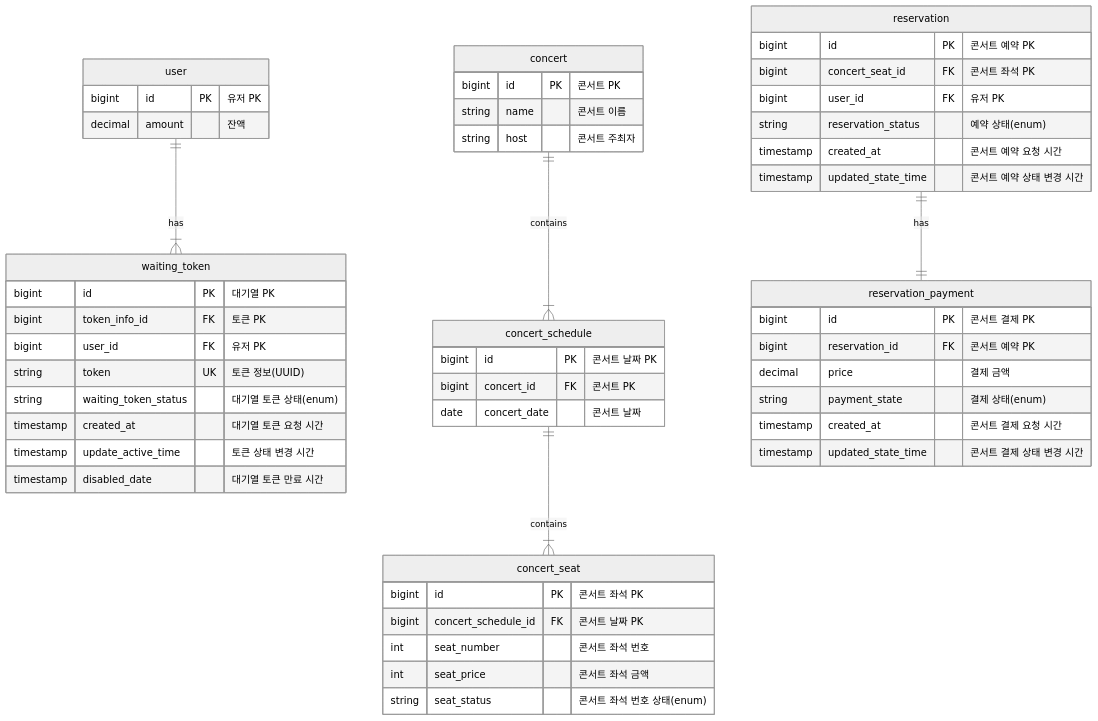
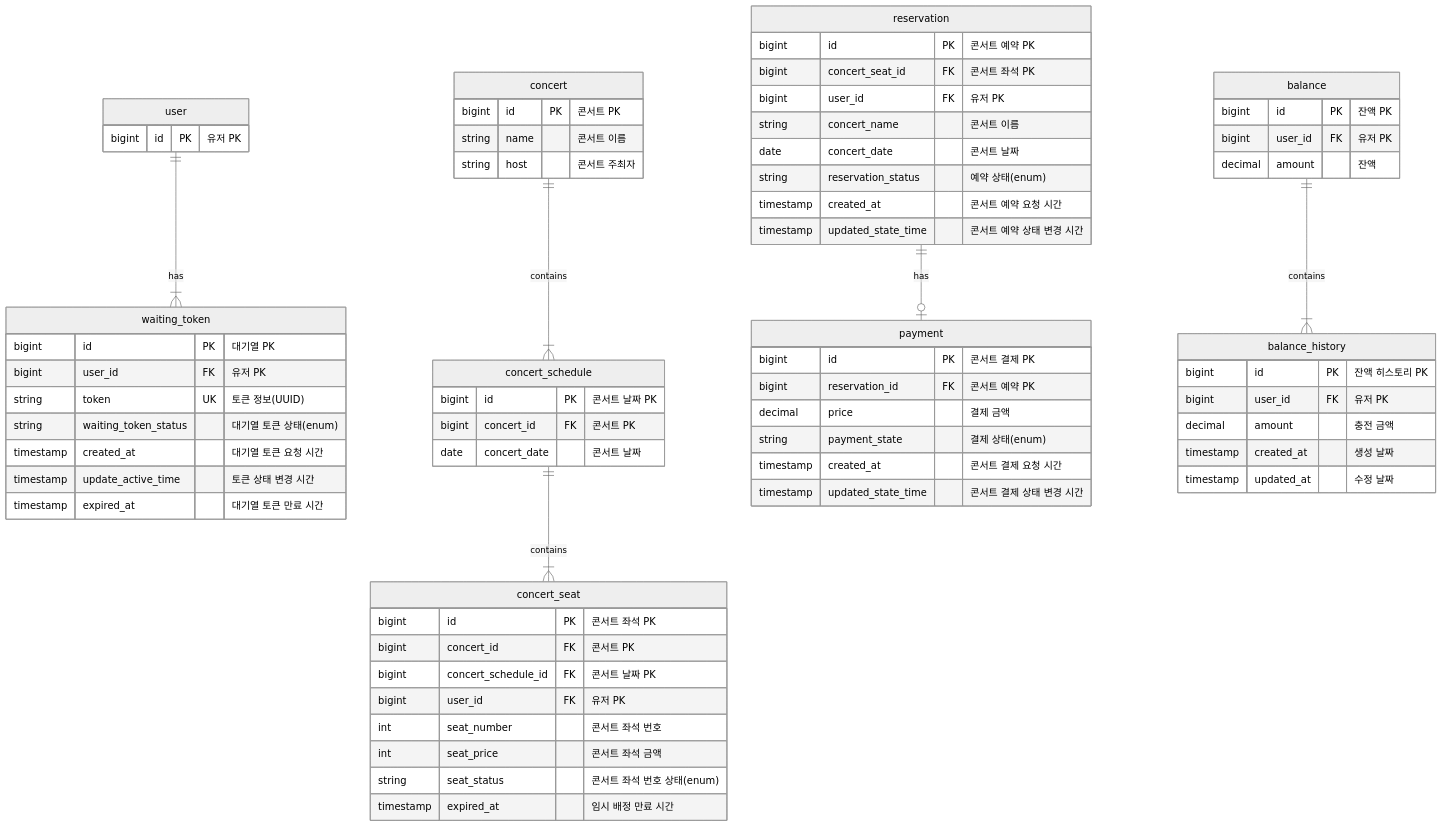
Before and after one commit to kdelay/Concert-Booking: the first of 8 diagrams in README.md, drawn with Mermaid (neutral theme). The commit also changed other lines of this file and 3 other files, not shown here.

Commit message:
docs: gitignore 추가 및 diagram document 수정

````diff
--- a/README.md
+++ b/README.md
@@ -82,22 +82,19 @@
     %% 사용자
     user {
         bigint id PK "유저 PK"
-        decimal amount "잔액"
     }
-
+    
     %% 대기열 토큰 정보
     %% user(1) : waiting_slot(N)
     waiting_token {
         bigint id PK "대기열 PK"
-        bigint token_info_id FK "토큰 PK"
         bigint user_id FK "유저 PK"
-        
         string token UK "토큰 정보(UUID)"
         %% DEACTIVATE(비활성화), ACTIVATE(활성화), EXPIRED(만료됨)
         string waiting_token_status "대기열 토큰 상태(enum)"
         timestamp created_at "대기열 토큰 요청 시간"
         timestamp update_active_time "토큰 상태 변경 시간"
-        timestamp disabled_date "대기열 토큰 만료 시간"
+        timestamp expired_at "대기열 토큰 만료 시간"
     }
 
     %% 콘서트
@@ -107,6 +104,7 @@
         string host "콘서트 주최자"
     }
 
+    %% 콘서트 날짜
     %% concert(1) : concert_schedule(N)
     concert_schedule {
         bigint id PK "콘서트 날짜 PK"
@@ -114,14 +112,18 @@
         date concert_date "콘서트 날짜"
     }
 
+    %% 콘서트 좌석
     %% concert_schedule(1) : concert_seat(N)
     concert_seat {
         bigint id PK "콘서트 좌석 PK"
+        bigint concert_id FK "콘서트 PK"
         bigint concert_schedule_id FK "콘서트 날짜 PK"
+        bigint user_id FK "유저 PK"
         int seat_number "콘서트 좌석 번호"
         int seat_price "콘서트 좌석 금액"
         %% AVAILABLE(예약 가능), TEMPORARY(임시 좌석 배정중), RESERVED(예약됨)
         string seat_status "콘서트 좌석 번호 상태(enum)"
+        timestamp expired_at "임시 배정 만료 시간"
     }
     
     %% 예약
@@ -130,6 +132,8 @@
         bigint id PK "콘서트 예약 PK"
         bigint concert_seat_id FK "콘서트 좌석 PK"
         bigint user_id FK "유저 PK"
+        string concert_name "콘서트 이름"
+        date concert_date "콘서트 날짜"
         %% RESERVING(예약중), RESERVED(예약됨), CANCELED(예약 취소)
         string reservation_status "예약 상태(enum)"
         timestamp created_at "콘서트 예약 요청 시간"
@@ -137,8 +141,8 @@
     }
     
     %% 결제
-    %% reservation(1) : reservation_payment(1)
-    reservation_payment {
+    %% reservation(1) : payment(0 or 1)
+    payment {
         bigint id PK "콘서트 결제 PK"
         bigint reservation_id FK "콘서트 예약 PK"
         decimal price "결제 금액"
@@ -148,8 +152,27 @@
         timestamp updated_state_time "콘서트 결제 상태 변경 시간"
     }
 
+    %% 잔액
+    %% balance(1) : balance_history(N)
+    balance {
+      bigint id PK "잔액 PK"
+      bigint user_id FK "유저 PK"
+      decimal amount "잔액"
+    }
+    
+    %% 잔액 히스토리
+    balance_history {
+        bigint id PK "잔액 히스토리 PK"
+        bigint user_id FK "유저 PK"
+        decimal amount "충전 금액" 
+        timestamp created_at "생성 날짜"
+        timestamp updated_at "수정 날짜"
+    }
+
     user ||--|{ waiting_token : has
     concert ||--|{ concert_schedule : contains
     concert_schedule ||--|{ concert_seat : contains
-    reservation ||--|| reservation_payment : has
+    reservation ||--o| payment : has
+    balance ||--|{ balance_history : contains
+    
 ```
````
